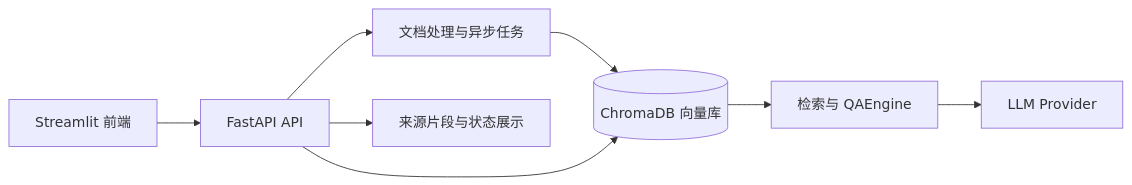
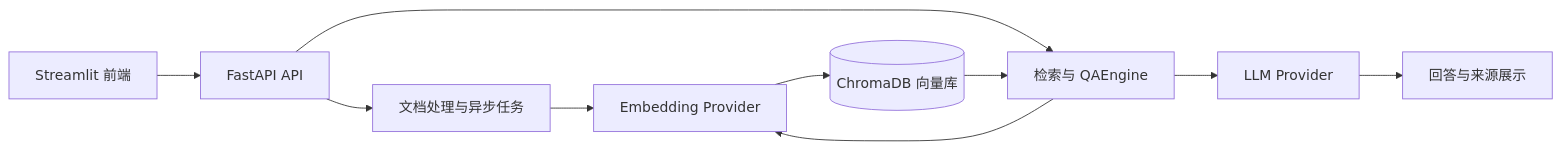
Before and after one commit to yumxiong/rag-kb: the diagram in README.md, drawn with Mermaid. The commit also changed other lines of this file and 26 other files, not shown here.

````diff
--- a/README.md
+++ b/README.md
@@ -72,10 +80,12 @@
 ```mermaid
 flowchart LR
   U[Streamlit 前端] --> A[FastAPI API]
   A --> P[文档处理与异步任务]
-  P --> V[(ChromaDB 向量库)]
-  A --> V
-  V --> Q[检索与 QAEngine]
+  P --> E[Embedding Provider]
+  E --> V[(ChromaDB 向量库)]
+  A --> Q[检索与 QAEngine]
+  Q --> E
+  V --> Q
   Q --> L[LLM Provider]
-  A --> S[来源片段与状态展示]
+  L --> S[回答与来源展示]
 ```
````
